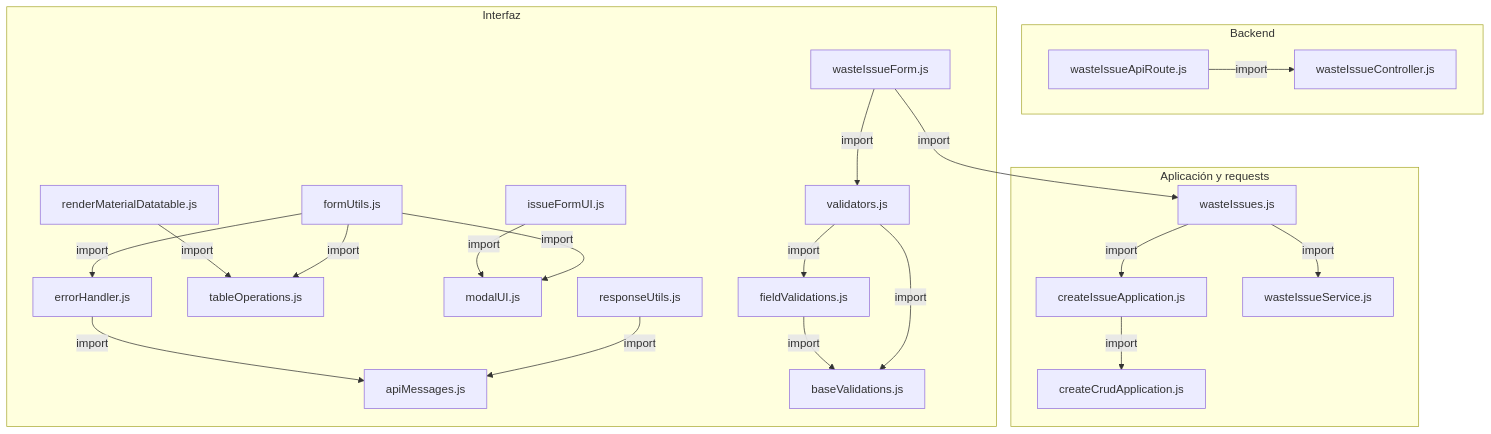
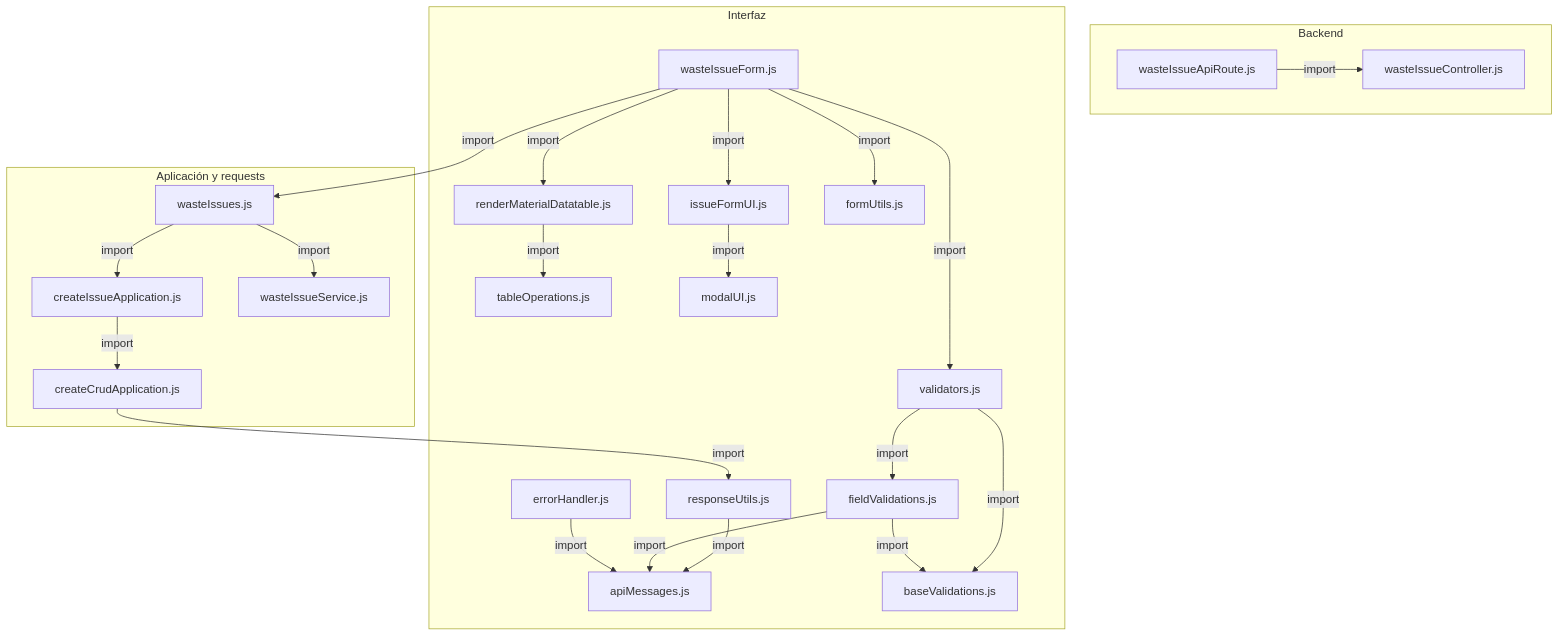
The first of 4 diagrams in docs/architecture/views/processes/frontend-code-sequences/issues/cu-sal-09.md (gpgsistemas01/nexus), drawn with Mermaid before and after one commit. The commit also changed other lines of this file and 200 other files, not shown here.

````diff
--- a/docs/architecture/views/processes/frontend-code-sequences/issues/cu-sal-09.md
+++ b/docs/architecture/views/processes/frontend-code-sequences/issues/cu-sal-09.md
@@ -61,43 +61,45 @@
 ```mermaid
 flowchart TB
     subgraph Component0["Backend"]
         FileWasteIssueController["wasteIssueController.js"]
         Transport["wasteIssueApiRoute.js"]
     end
     subgraph Component1["Interfaz"]
         FileErrorHandler["errorHandler.js"]
         FileApiMessages["apiMessages.js"]
         View["wasteIssueForm.js"]
         FileTableOperations["tableOperations.js"]
         DetailTable["renderMaterialDatatable.js"]
         IssueUI["issueFormUI.js"]
         FileModalUI["modalUI.js"]
         FormUtils["formUtils.js"]
         FileResponseUtils["responseUtils.js"]
         FileBaseValidations["baseValidations.js"]
         FileFieldValidations["fieldValidations.js"]
         FileValidators["validators.js"]
     end
     subgraph Component2["Aplicación y requests"]
         Application["createCrudApplication.js"]
         FileCreateIssueApplication["createIssueApplication.js"]
         FileWasteIssues["wasteIssues.js"]
         Request["wasteIssueService.js"]
     end
+    Application -->|import| FileResponseUtils
+    DetailTable -->|import| FileTableOperations
+    FileCreateIssueApplication -->|import| Application
     FileErrorHandler -->|import| FileApiMessages
-    FileCreateIssueApplication -->|import| Application
-    FileWasteIssues -->|import| Request
-    FileWasteIssues -->|import| FileCreateIssueApplication
-    View -->|import| FileWasteIssues
-    View -->|import| FileValidators
-    DetailTable -->|import| FileTableOperations
-    IssueUI -->|import| FileModalUI
-    FormUtils -->|import| FileErrorHandler
-    FormUtils -->|import| FileTableOperations
-    FormUtils -->|import| FileModalUI
+    FileFieldValidations -->|import| FileApiMessages
+    FileFieldValidations -->|import| FileBaseValidations
     FileResponseUtils -->|import| FileApiMessages
-    FileFieldValidations -->|import| FileBaseValidations
     FileValidators -->|import| FileBaseValidations
     FileValidators -->|import| FileFieldValidations
+    FileWasteIssues -->|import| FileCreateIssueApplication
+    FileWasteIssues -->|import| Request
+    IssueUI -->|import| FileModalUI
     Transport -->|import| FileWasteIssueController
+    View -->|import| DetailTable
+    View -->|import| FileValidators
+    View -->|import| FileWasteIssues
+    View -->|import| FormUtils
+    View -->|import| IssueUI
 ```
````
